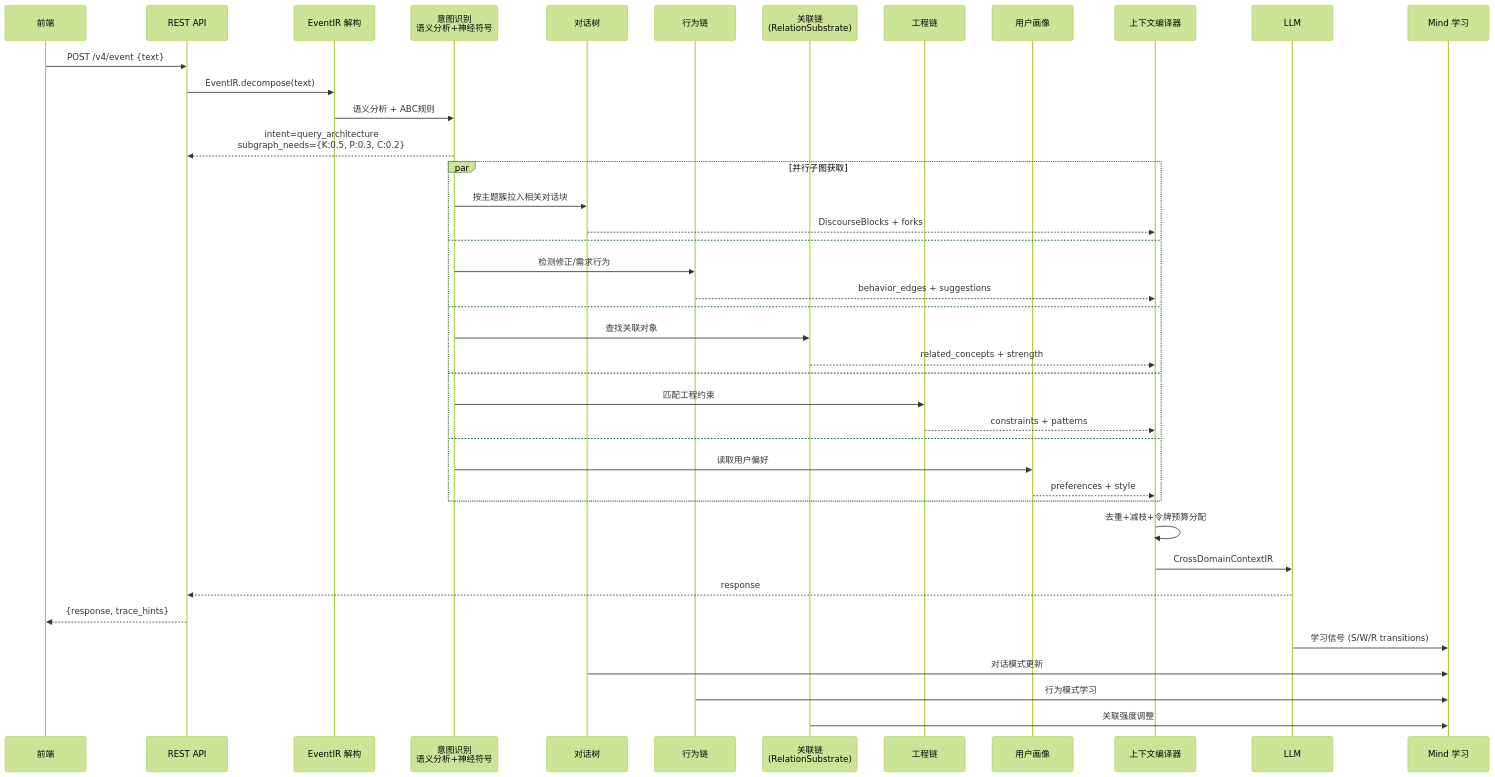
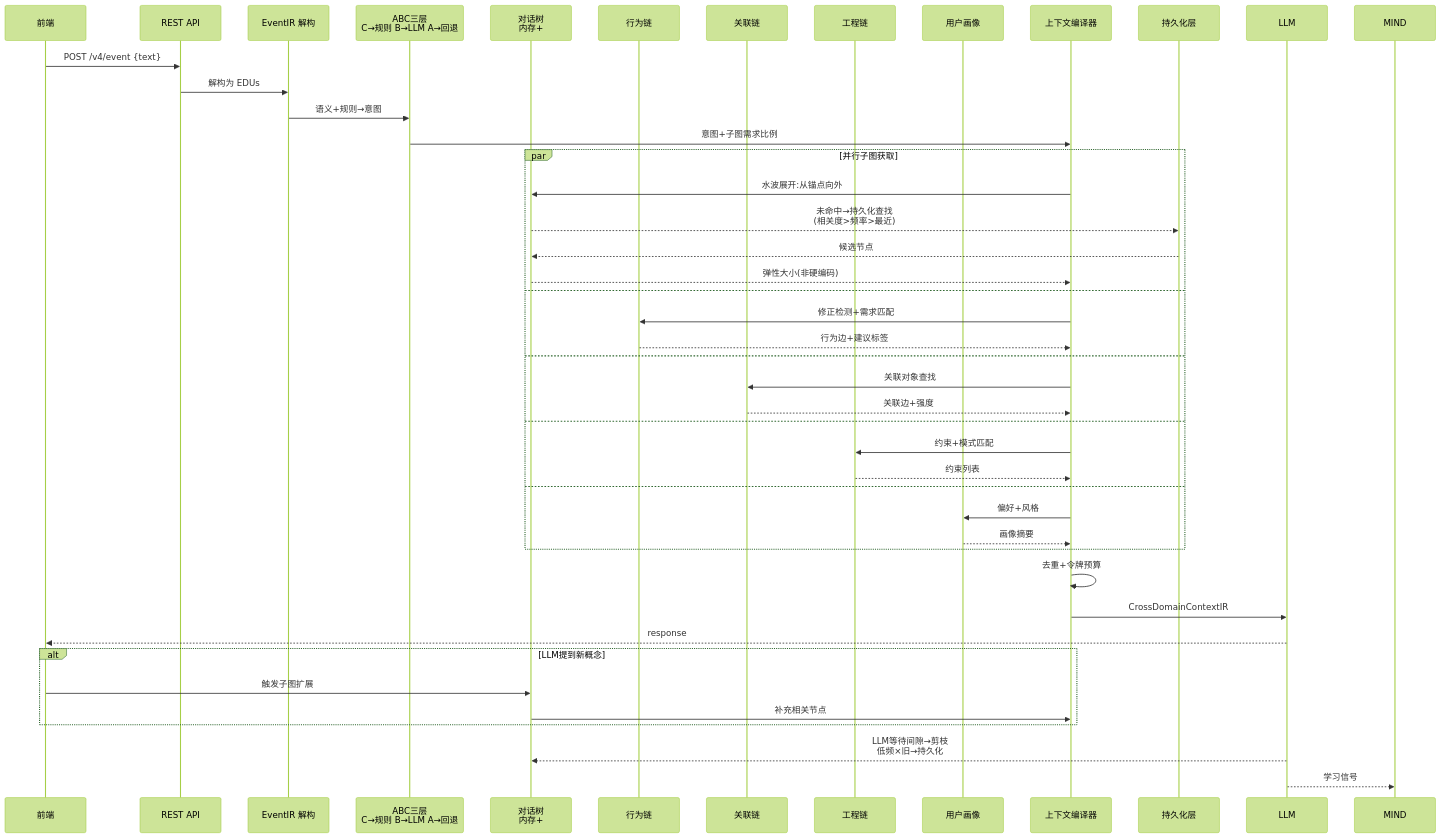
The first of 4 diagrams in docs/BUSINESS_CHAIN_01_CONVERSATION_TREE.md (aptshark-g/DialogMesh), drawn with Mermaid (forest theme) before and after one commit. The commit also changed other lines of this file, not shown here.

Commit message:
Business chain 01 v2: corrected intent recognition (C≠semantic), elastic sizing, HCWA cache-miss, LLM-triggered expansion, pruning

````diff
--- a/docs/BUSINESS_CHAIN_01_CONVERSATION_TREE.md
+++ b/docs/BUSINESS_CHAIN_01_CONVERSATION_TREE.md
@@ -12,47 +11,53 @@
 ```mermaid
 sequenceDiagram
     participant UI as 前端
     participant API as REST API
     participant IR as EventIR 解构
-    participant INTENT as 意图识别<br/>语义分析+神经符号
-    participant DT as 对话树
+    participant ABC as ABC三层<br/>C→规则 B→LLM A→回退
+    participant DT as 对话树<br/>内存+
     participant BHV as 行为链
-    participant REL as 关联链<br/>(RelationSubstrate)
+    participant REL as 关联链
     participant ENG as 工程链
     participant PROF as 用户画像
     participant CTX as 上下文编译器
+    participant DISK as 持久化层
     participant LLM as LLM
-    participant MIND as Mind 学习
-
+    
     UI->>API: POST /v4/event {text}
-    API->>IR: EventIR.decompose(text)
-    IR->>INTENT: 语义分析 + ABC规则
-    INTENT-->>API: intent=query_architecture<br/>subgraph_needs={K:0.5, P:0.3, C:0.2}
+    API->>IR: 解构为 EDUs
+    IR->>ABC: 语义+规则→意图
+    
+    ABC->>CTX: 意图+子图需求比例
     
     par 并行子图获取
-        INTENT->>DT: 按主题簇拉入相关对话块
-        DT-->>CTX: DiscourseBlocks + forks
+        CTX->>DT: 水波展开:从锚点向外
+        DT-->>DISK: 未命中→持久化查找<br/>(相关度>频率>最近)
+        DISK-->>DT: 候选节点
+        DT-->>CTX: 弹性大小(非硬编码)
     and
-        INTENT->>BHV: 检测修正/需求行为
-        BHV-->>CTX: behavior_edges + suggestions
+        CTX->>BHV: 修正检测+需求匹配
+        BHV-->>CTX: 行为边+建议标签
     and
-        INTENT->>REL: 查找关联对象
-        REL-->>CTX: related_concepts + strength
+        CTX->>REL: 关联对象查找
+        REL-->>CTX: 关联边+强度
     and
-        INTENT->>ENG: 匹配工程约束
-        ENG-->>CTX: constraints + patterns
+        CTX->>ENG: 约束+模式匹配
+        ENG-->>CTX: 约束列表
     and
-        INTENT->>PROF: 读取用户偏好
-        PROF-->>CTX: preferences + style
+        CTX->>PROF: 偏好+风格
+        PROF-->>CTX: 画像摘要
     end
     
-    CTX->>CTX: 去重+减枝+令牌预算分配
+    CTX->>CTX: 去重+令牌预算
     CTX->>LLM: CrossDomainContextIR
-    LLM-->>API: response
-    API-->>UI: {response, trace_hints}
-
-    LLM->>MIND: 学习信号 (S/W/R transitions)
-    DT->>MIND: 对话模式更新
-    BHV->>MIND: 行为模式学习
-    REL->>MIND: 关联强度调整
+    
+    LLM-->>UI: response
+    
+    alt LLM提到新概念
+        UI->>DT: 触发子图扩展
+        DT->>CTX: 补充相关节点
+    end
+    
+    LLM-->>DT: LLM等待间隙→剪枝<br/>低频×旧→持久化
+    LLM-->>MIND: 学习信号
 ```
````
